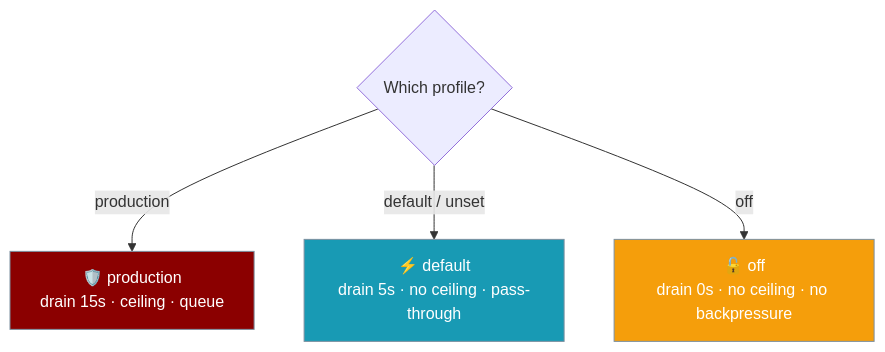
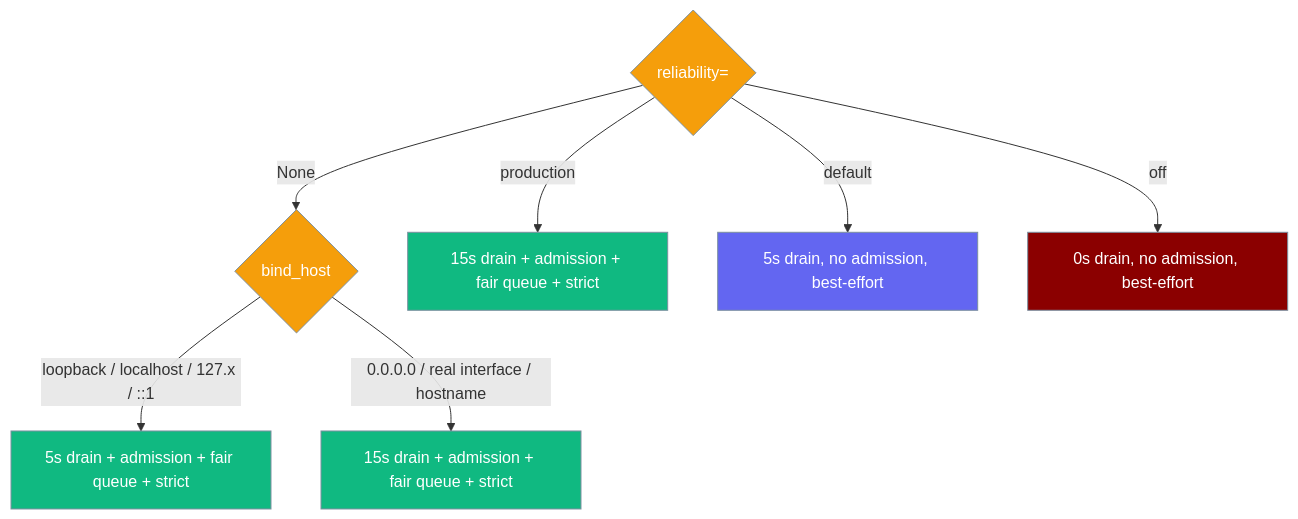
The first of 2 diagrams in docs/features/gateway-reliability-preset.mdx (MervinPraison/PraisonAIDocs), drawn with Mermaid before and after one commit. The commit also changed other lines of this file and 2 other files, not shown here.

First line of the commit message:
docs: gateway reliability is now safe-by-default (bind-aware admission + drain) (fixes #2500)

````diff
--- a/docs/features/gateway-reliability-preset.mdx
+++ b/docs/features/gateway-reliability-preset.mdx
@@ -122,15 +26,19 @@
 ```mermaid
 graph TB
-    Q{Which profile?}
-    Q -->|production| P[🛡️ production\ndrain 15s · ceiling · queue]
-    Q -->|default / unset| D[⚡ default\ndrain 5s · no ceiling · pass-through]
-    Q -->|off| O[🔓 off\ndrain 0s · no ceiling · no backpressure]
+    R{reliability=} -->|None| B{bind_host}
+    R -->|"production"| P[15s drain + admission + fair queue + strict]
+    R -->|"default"| D[5s drain, no admission, best-effort]
+    R -->|"off"| O[0s drain, no admission, best-effort]
+    B -->|loopback / localhost / 127.x / ::1| SL[5s drain + admission + fair queue + strict]
+    B -->|0.0.0.0 / real interface / hostname| SE[15s drain + admission + fair queue + strict]
 
-    classDef prod fill:#8B0000,stroke:#7C90A0,color:#fff
-    classDef def fill:#189AB4,stroke:#7C90A0,color:#fff
-    classDef off fill:#F59E0B,stroke:#7C90A0,color:#fff
+    classDef q fill:#F59E0B,stroke:#7C90A0,color:#fff
+    classDef input fill:#6366F1,stroke:#7C90A0,color:#fff
+    classDef result fill:#10B981,stroke:#7C90A0,color:#fff
+    classDef optout fill:#8B0000,stroke:#7C90A0,color:#fff
 
-    class P prod
-    class D def
-    class O off
+    class R,B q
+    class SL,SE,P result
+    class D input
+    class O optout
 ```
````
